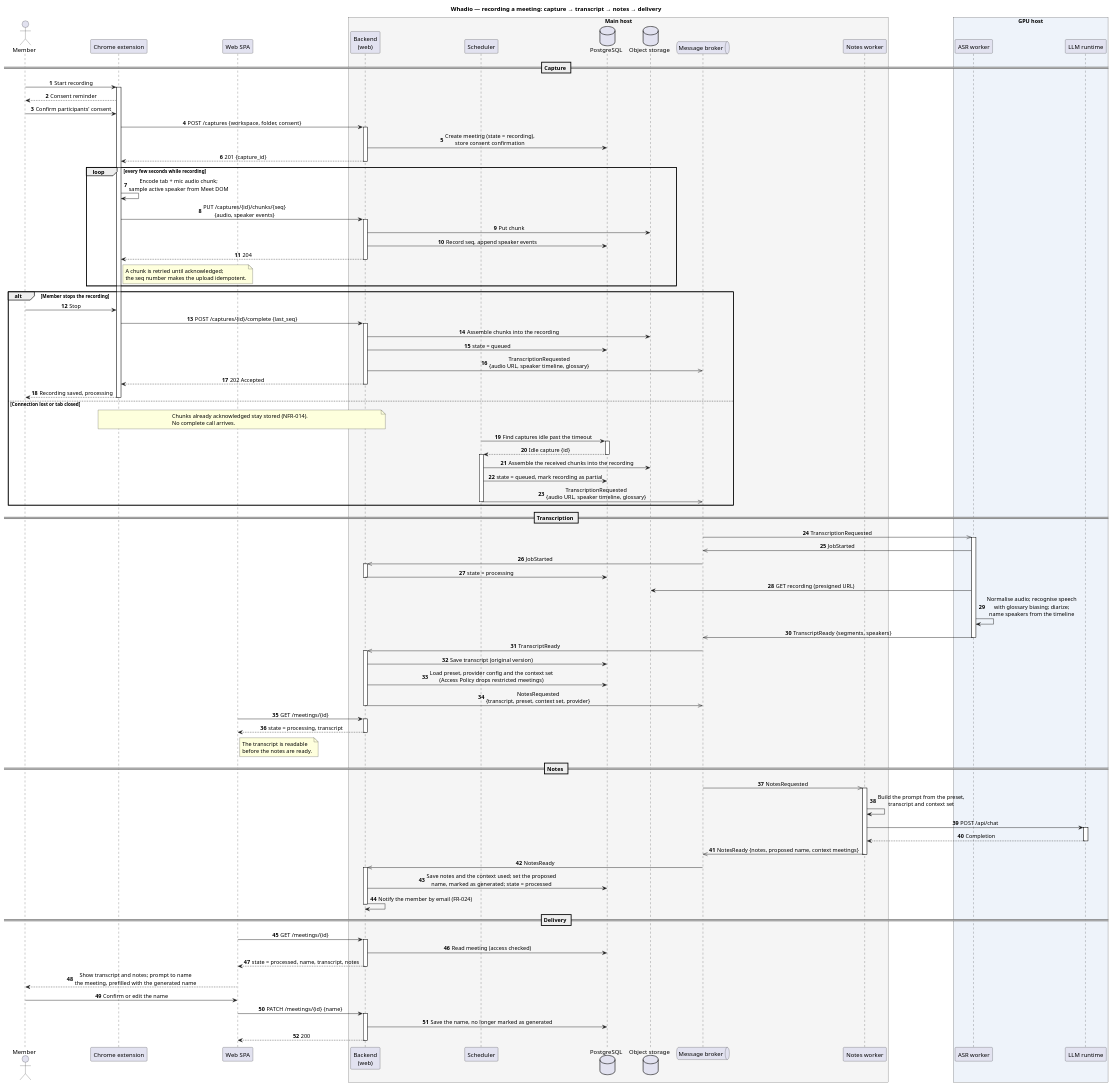
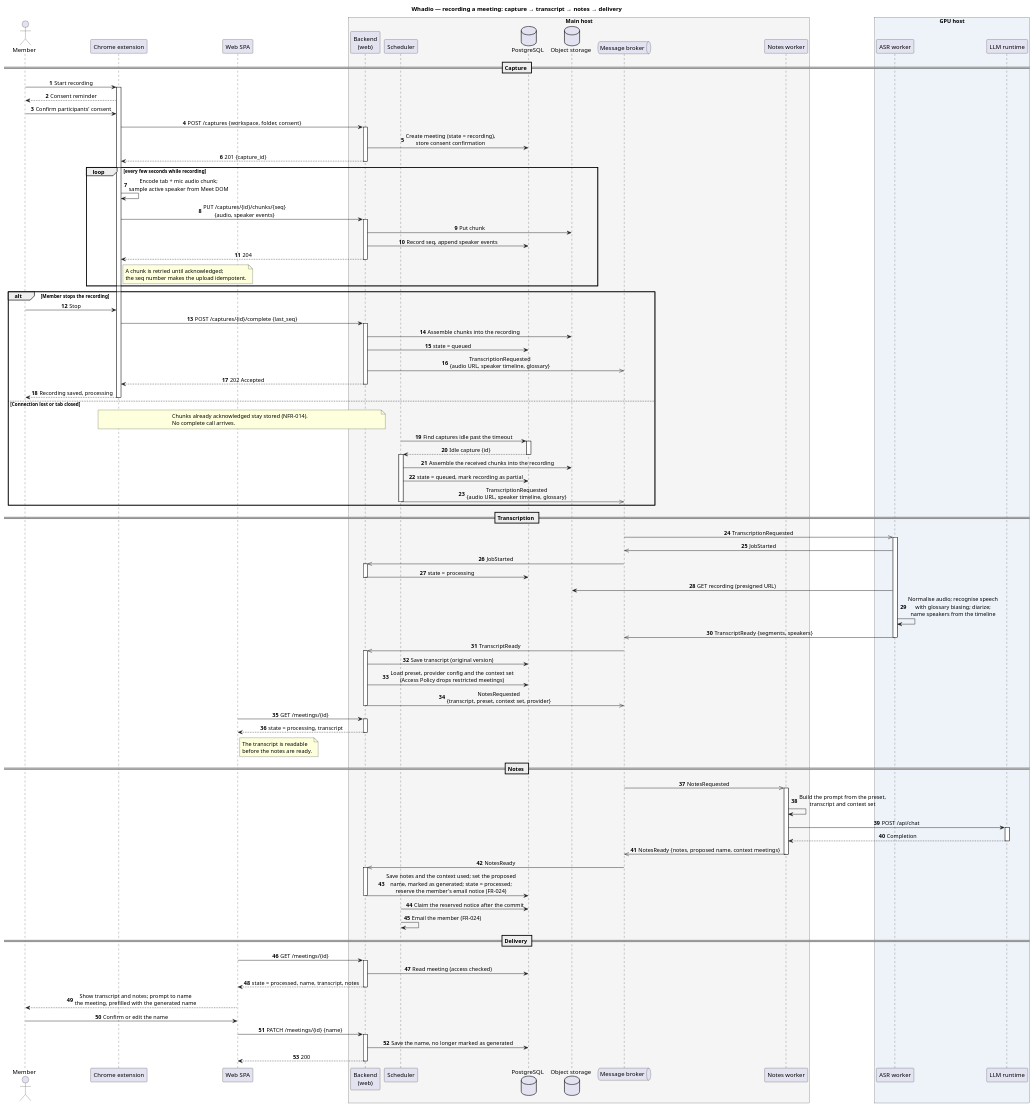
The diagram in docs/architecture/uml/sequence-meeting-pipeline.puml (ukma-fin-ssdm-2026/Whadio), drawn with PlantUML before and after one commit. The commit also changed 7 other files, not shown here.

```diff
--- a/docs/architecture/uml/sequence-meeting-pipeline.puml
+++ b/docs/architecture/uml/sequence-meeting-pipeline.puml
@@ -1,112 +1,113 @@
 @startuml sequence-meeting-pipeline
 title Whadio — recording a meeting: capture → transcript → notes → delivery
 
 skinparam sequenceMessageAlign center
 skinparam responseMessageBelowArrow true
 autonumber
 
 actor "Member" as user
 participant "Chrome extension" as ext
 participant "Web SPA" as spa
 
 box "Main host" #F5F5F5
   participant "Backend\n(web)" as web
   participant "Scheduler" as scheduler
   database "PostgreSQL" as db
   database "Object storage" as store
   queue "Message broker" as mq
   participant "Notes worker" as notes
 end box
 
 box "GPU host" #EEF3FA
   participant "ASR worker" as asr
   participant "LLM runtime" as llm
 end box
 
 == Capture ==
 
 user -> ext ++ : Start recording
 ext --> user : Consent reminder
 user -> ext : Confirm participants' consent
 ext -> web ++ : POST /captures {workspace, folder, consent}
 web -> db : Create meeting (state = recording),\nstore consent confirmation
 web --> ext -- : 201 {capture_id}
 
 loop every few seconds while recording
   ext -> ext : Encode tab + mic audio chunk;\nsample active speaker from Meet DOM
   ext -> web ++ : PUT /captures/{id}/chunks/{seq}\n{audio, speaker events}
   web -> store : Put chunk
   web -> db : Record seq, append speaker events
   web --> ext -- : 204
   note right of ext
     A chunk is retried until acknowledged;
     the seq number makes the upload idempotent.
   end note
 end
 
 alt Member stops the recording
   user -> ext : Stop
   ext -> web ++ : POST /captures/{id}/complete {last_seq}
   web -> store : Assemble chunks into the recording
   web -> db : state = queued
   web ->> mq : TranscriptionRequested\n{audio URL, speaker timeline, glossary}
   web --> ext -- : 202 Accepted
   ext --> user -- : Recording saved, processing
 else Connection lost or tab closed
   note over ext, web
     Chunks already acknowledged stay stored (NFR-014).
     No complete call arrives.
   end note
   scheduler -> db ++ : Find captures idle past the timeout
   db --> scheduler -- : Idle capture {id}
   activate scheduler
   scheduler -> store : Assemble the received chunks into the recording
   scheduler -> db : state = queued, mark recording as partial
   scheduler ->> mq : TranscriptionRequested\n{audio URL, speaker timeline, glossary}
   deactivate scheduler
 end
 
 == Transcription ==
 
 mq ->> asr ++ : TranscriptionRequested
 asr ->> mq : JobStarted
 mq ->> web ++ : JobStarted
 web -> db -- : state = processing
 asr -> store : GET recording (presigned URL)
 asr -> asr : Normalise audio; recognise speech\nwith glossary biasing; diarize;\nname speakers from the timeline
 asr ->> mq -- : TranscriptReady {segments, speakers}
 mq ->> web ++ : TranscriptReady
 web -> db : Save transcript (original version)
 web -> db : Load preset, provider config and the context set\n(Access Policy drops restricted meetings)
 web ->> mq -- : NotesRequested\n{transcript, preset, context set, provider}
 
 spa -> web ++ : GET /meetings/{id}
 web --> spa -- : state = processing, transcript
 note right of spa
   The transcript is readable
   before the notes are ready.
 end note
 
 == Notes ==
 
 mq ->> notes ++ : NotesRequested
 notes -> notes : Build the prompt from the preset,\ntranscript and context set
 notes -> llm ++ : POST /api/chat
 llm --> notes -- : Completion
 notes ->> mq -- : NotesReady {notes, proposed name, context meetings}
 mq ->> web ++ : NotesReady
-web -> db : Save notes and the context used; set the proposed\nname, marked as generated; state = processed
-web -> web : Notify the member by email (FR-024)
+web -> db : Save notes and the context used; set the proposed\nname, marked as generated; state = processed;\nreserve the member's email notice (FR-024)
 deactivate web
+scheduler -> db : Claim the reserved notice after the commit
+scheduler -> scheduler : Email the member (FR-024)
 
 == Delivery ==
 
 spa -> web ++ : GET /meetings/{id}
 web -> db : Read meeting (access checked)
 web --> spa -- : state = processed, name, transcript, notes
 spa --> user : Show transcript and notes; prompt to name\nthe meeting, prefilled with the generated name
 user -> spa : Confirm or edit the name
 spa -> web ++ : PATCH /meetings/{id} {name}
 web -> db : Save the name, no longer marked as generated
 web --> spa -- : 200
 @enduml
```
